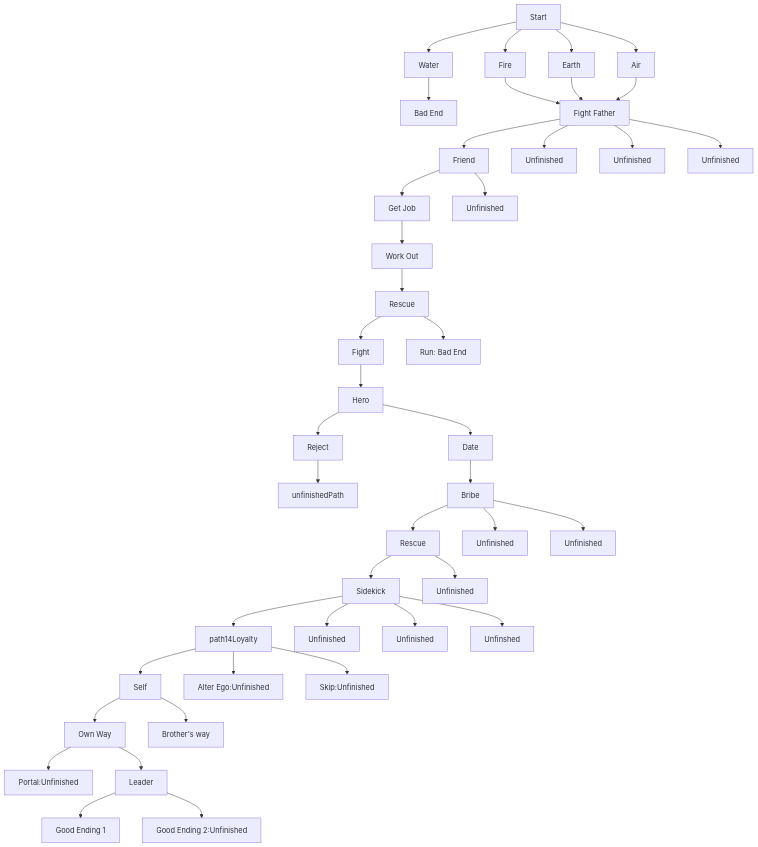
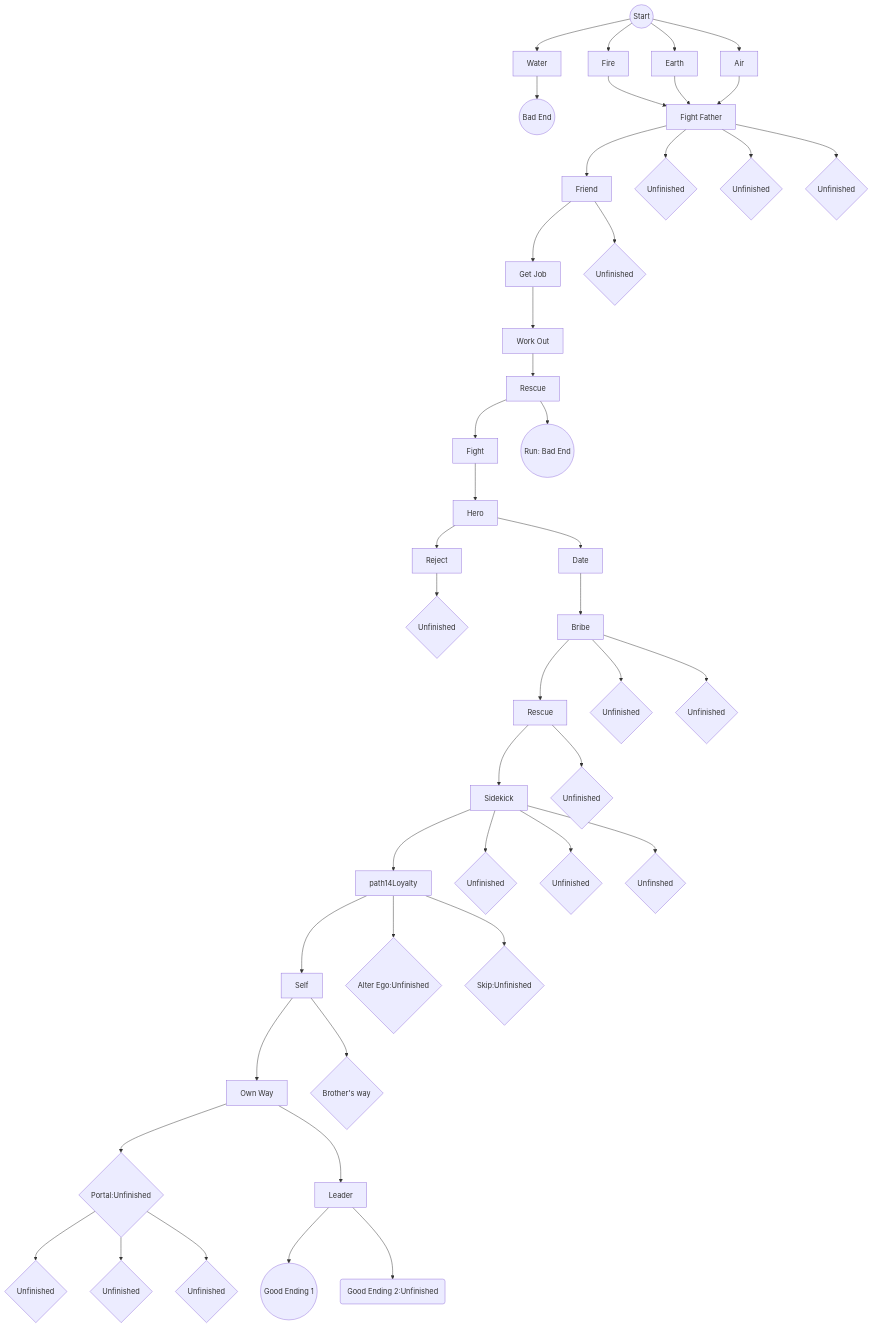
One commit to Tsuru4/TypeScriptAdventure changed the diagram in StoryFlowChart.md. Above: the diagram before and after it, drawn with Mermaid. The commit also changed 3 other files, not shown here.

````diff
--- a/StoryFlowChart.md
+++ b/StoryFlowChart.md
@@ -1,59 +1,62 @@
 ```mermaid
 flowchart
-    path1[Start]
+    path1((Start))
     
-    path1 --> path2Water[Water] --> badpath[Bad End]
+    path1 --> path2Water[Water] --> badpath((Bad End))
     path1 --> path2Fire[Fire] --> path3Fight
     path1 --> path2Earth[Earth] --> path3Fight
     path1 --> path2Air[Air] --> path3Fight
     
     path3Fight[Fight Father]
 
     path3Fight --> path4Friend[Friend]
-    path3Fight --> path4Brother[Unfinished]
-    path3Fight --> path4Solo[Unfinished]
-    path3Fight --> path4Home[Unfinished]
+    path3Fight --> path4Brother{Unfinished}
+    path3Fight --> path4Solo{Unfinished}
+    path3Fight --> path4Home{Unfinished}
 
     path4Friend --> path5Job[Get Job]
-    path4Friend --> path5Steal[Unfinished]
+    path4Friend --> path5Steal{Unfinished}
 
     path5Job --> path6Train[Work Out]
 
     path6Train --> path7Rescue[Rescue]
 
     path7Rescue --> path8Fight[Fight]
-    path7Rescue --> path8Run[Run: Bad End]
+    path7Rescue --> path8Run((Run: Bad End))
 
     path8Fight --> path9Hero[Hero]
 
     path9Hero --> path10Date[Date]
     path9Hero --> path10Reject[Reject]
 
-    path10Reject --> unfinishedPath
+    path10Reject --> unfinishedPath{Unfinished}
     path10Date --> path11Bribe[Bribe]
 
     path11Bribe --> path12Rescue[Rescue]
-    path11Bribe --> path12Arrest[Unfinished]
-    path11Bribe --> path12Silence[Unfinished]
+    path11Bribe --> path12Arrest{Unfinished}
+    path11Bribe --> path12Silence{Unfinished}
 
     path12Rescue[Rescue] --> path13Sidekick[Sidekick]
-    path12Rescue --> path13Reject[Unfinished]
+    path12Rescue --> path13Reject{Unfinished}
 
     path13Sidekick --> path14Loyalty
-    path13Sidekick --> path14Girl3[Unfinished]
-    path13Sidekick --> path14Girl4[Unfinished]
-    path13Sidekick --> path14All[Unfinshed]
+    path13Sidekick --> path14Girl3{Unfinished}
+    path13Sidekick --> path14Girl4{Unfinished}
+    path13Sidekick --> path14All{Unfinshed}
 
     path14Loyalty --> path15Self[Self]
-    path14Loyalty --> path15Hero[Alter Ego:Unfinished]
-    path14Loyalty --> path15Skip[Skip:Unfinished]
+    path14Loyalty --> path15Hero{Alter Ego:Unfinished}
+    path14Loyalty --> path15Skip{Skip:Unfinished}
 
     path15Self --> path16Hero[Own Way]
-    path15Self --> path16Cooperate[Brother's way]
+    path15Self --> path16Cooperate{Brother's way}
 
-    path16Hero --> path17Portal[Portal:Unfinished]
+    path16Hero --> path17Portal{Portal:Unfinished}
     path16Hero --> path17Leader[Leader]
 
-    path17Leader --> path18Victory[Good Ending 1]
-    path17Leader --> path18Mercy[Good Ending 2:Unfinished]
+    path17Portal --> path18Reopen{Unfinished}
+    path17Portal --> path18Run{Unfinished}
+    path17Portal --> path18Close{Unfinished}
+    path17Leader --> path18Victory((Good Ending 1))
+    path17Leader --> path18Mercy(Good Ending 2:Unfinished)
 ```
````
